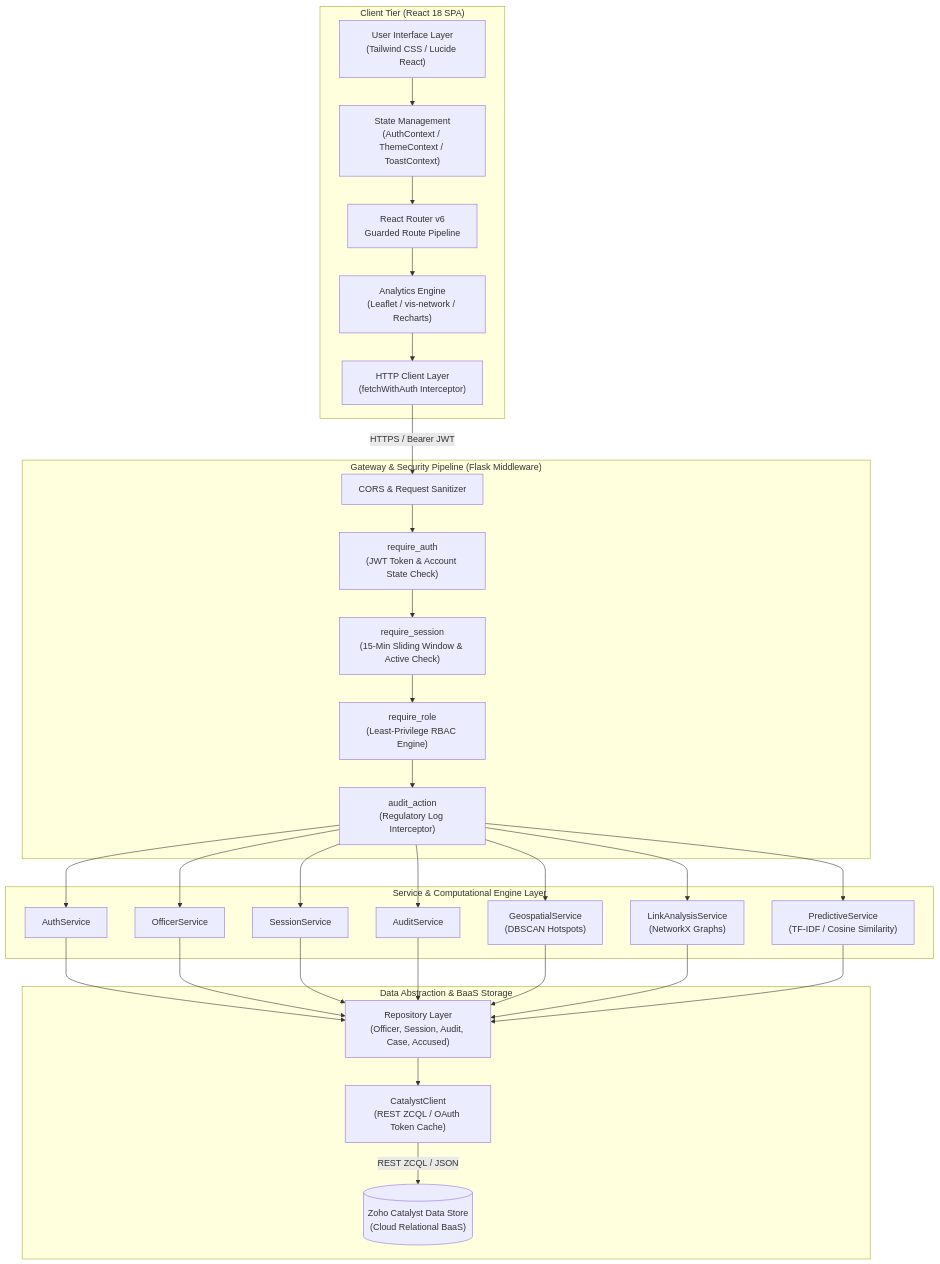
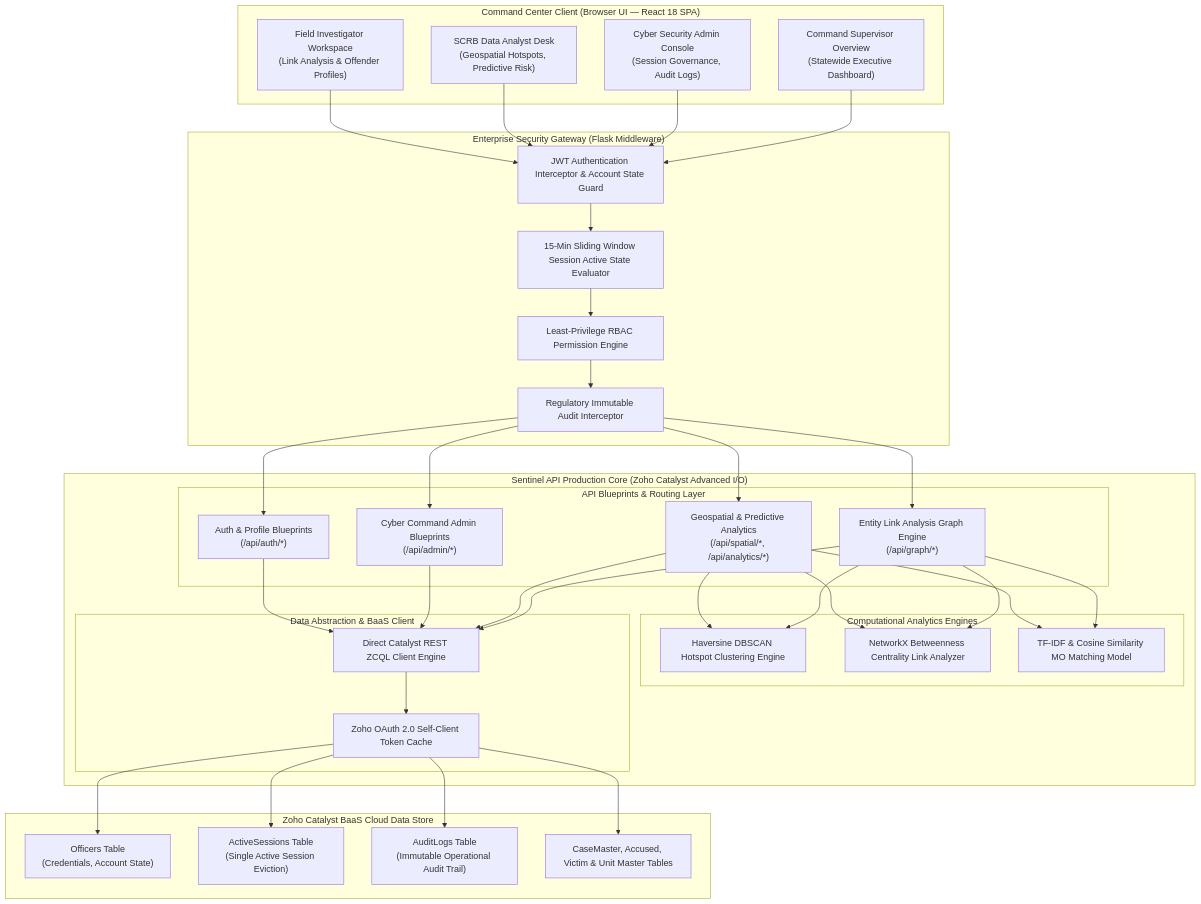
The first of 3 diagrams in docs/HLD.md (Abhirupmandal/Sentinel-KSP), drawn with Mermaid before and after one commit. The commit also changed other lines of this file and 1 other file, not shown here.

Commit message:
docs: overhaul HLD and README architecture diagrams to match enterprise reference style

````diff
--- a/docs/HLD.md
+++ b/docs/HLD.md
@@ -24,64 +24,58 @@
 ```mermaid
 graph TD
-    subgraph Client_Tier ["Client Tier (React 18 SPA)"]
-        UI["User Interface Layer<br/>(Tailwind CSS / Lucide React)"]
-        State["State Management<br/>(AuthContext / ThemeContext / ToastContext)"]
-        Router["React Router v6<br/>Guarded Route Pipeline"]
-        Viz["Analytics Engine<br/>(Leaflet / vis-network / Recharts)"]
-        ClientAPI["HTTP Client Layer<br/>(fetchWithAuth Interceptor)"]
-
-        UI --> State
-        State --> Router
-        Router --> Viz
-        Viz --> ClientAPI
+    %% Roles & Access Workspaces
+    subgraph ClientDesk ["Command Center Client (Browser UI — React 18 SPA)"]
+        FieldUI["Field Investigator Workspace<br/>(Link Analysis & Offender Profiles)"]
+        AnalystUI["SCRB Data Analyst Desk<br/>(Geospatial Hotspots, Predictive Risk)"]
+        AdminUI["Cyber Security Admin Console<br/>(Session Governance, Audit Logs)"]
+        SuperUI["Command Supervisor Overview<br/>(Statewide Executive Dashboard)"]
     end
 
-    subgraph Gateway_Security_Tier ["Gateway & Security Pipeline (Flask Middleware)"]
-        Cors["CORS & Request Sanitizer"]
-        AuthMw["require_auth<br/>(JWT Token & Account State Check)"]
-        SessMw["require_session<br/>(15-Min Sliding Window & Active Check)"]
-        RbacMw["require_role<br/>(Least-Privilege RBAC Engine)"]
-        AuditMw["audit_action<br/>(Regulatory Log Interceptor)"]
-
-        ClientAPI -->|HTTPS / Bearer JWT| Cors
-        Cors --> AuthMw
-        AuthMw --> SessMw
-        SessMw --> RbacMw
-        RbacMw --> AuditMw
+    %% Routing & Security Pipeline
+    subgraph SecurityGateway ["Enterprise Security Gateway (Flask Middleware)"]
+        JWTAuth["JWT Authentication Interceptor & Account State Guard"]
+        SessGuard["15-Min Sliding Window Session Active State Evaluator"]
+        RBACEngine["Least-Privilege RBAC Permission Engine"]
+        AuditLogger["Regulatory Immutable Audit Interceptor"]
     end
 
-    subgraph Service_Tier ["Service & Computational Engine Layer"]
-        AuthSvc["AuthService"]
-        OfficerSvc["OfficerService"]
-        SessSvc["SessionService"]
-        AuditSvc["AuditService"]
-        GeoSvc["GeospatialService<br/>(DBSCAN Hotspots)"]
-        LinkSvc["LinkAnalysisService<br/>(NetworkX Graphs)"]
-        PredSvc["PredictiveService<br/>(TF-IDF / Cosine Similarity)"]
+    %% Application Core & Services
+    subgraph SentinelCore ["Sentinel API Production Core (Zoho Catalyst Advanced I/O)"]
+        subgraph APIBlueprints ["API Blueprints & Routing Layer"]
+            AuthBP["Auth & Profile Blueprints<br/>(/api/auth/*)"]
+            AdminBP["Cyber Command Admin Blueprints<br/>(/api/admin/*)"]
+            AnalyticsBP["Geospatial & Predictive Analytics<br/>(/api/spatial/*, /api/analytics/*)"]
+            GraphBP["Entity Link Analysis Graph Engine<br/>(/api/graph/*)"]
+        end
+        
+        subgraph ComputationalEngines ["Computational Analytics Engines"]
+            SpatialDBSCAN["Haversine DBSCAN Hotspot Clustering Engine"]
+            NetworkGraph["NetworkX Betweenness Centrality Link Analyzer"]
+            TFIDFEngine["TF-IDF & Cosine Similarity MO Matching Model"]
+        end
 
-        AuditMw --> AuthSvc
-        AuditMw --> OfficerSvc
-        AuditMw --> SessSvc
-        AuditMw --> AuditSvc
-        AuditMw --> GeoSvc
-        AuditMw --> LinkSvc
-        AuditMw --> PredSvc
+        subgraph DataAbstraction ["Data Abstraction & BaaS Client"]
+            RestZCQL["Direct Catalyst REST ZCQL Client Engine"]
+            OAuthManager["Zoho OAuth 2.0 Self-Client Token Cache"]
+        end
     end
 
-    subgraph Persistence_Tier ["Data Abstraction & BaaS Storage"]
-        Repo["Repository Layer<br/>(Officer, Session, Audit, Case, Accused)"]
-        CatClient["CatalystClient<br/>(REST ZCQL / OAuth Token Cache)"]
-        CatDataStore[("Zoho Catalyst Data Store<br/>(Cloud Relational BaaS)")]
+    %% Persistence & Storage Layer
+    subgraph StorageBaaS ["Zoho Catalyst BaaS Cloud Data Store"]
+        OfficersTable["Officers Table<br/>(Credentials, Account State)"]
+        SessionsTable["ActiveSessions Table<br/>(Single Active Session Eviction)"]
+        AuditTable["AuditLogs Table<br/>(Immutable Operational Audit Trail)"]
+        CrimeTables["CaseMaster, Accused, Victim & Unit Master Tables"]
+    end
 
-        AuthSvc --> Repo
-        OfficerSvc --> Repo
-        SessSvc --> Repo
-        AuditSvc --> Repo
-        GeoSvc --> Repo
-        LinkSvc --> Repo
-        PredSvc --> Repo
-
-        Repo --> CatClient
-        CatClient -->|REST ZCQL / JSON| CatDataStore
-    end
+    %% Connections & Data Flow
+    FieldUI & AnalystUI & AdminUI & SuperUI --> JWTAuth
+    JWTAuth --> SessGuard
+    SessGuard --> RBACEngine
+    RBACEngine --> AuditLogger
+    AuditLogger --> AuthBP & AdminBP & AnalyticsBP & GraphBP
+    AnalyticsBP & GraphBP --> SpatialDBSCAN & NetworkGraph & TFIDFEngine
+    AuthBP & AdminBP & AnalyticsBP & GraphBP --> RestZCQL
+    RestZCQL --> OAuthManager
+    OAuthManager --> OfficersTable & SessionsTable & AuditTable & CrimeTables
 ```
````
